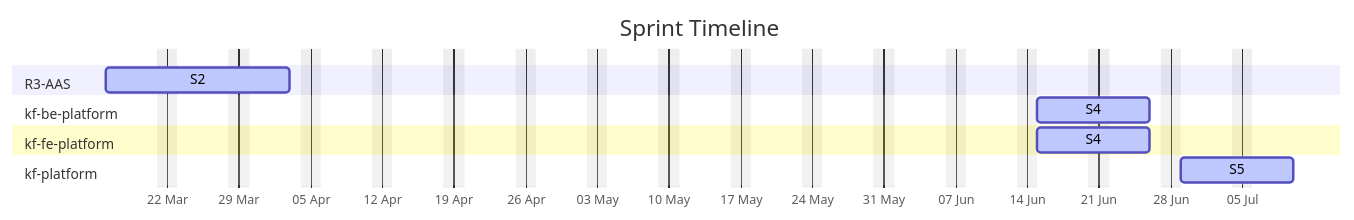
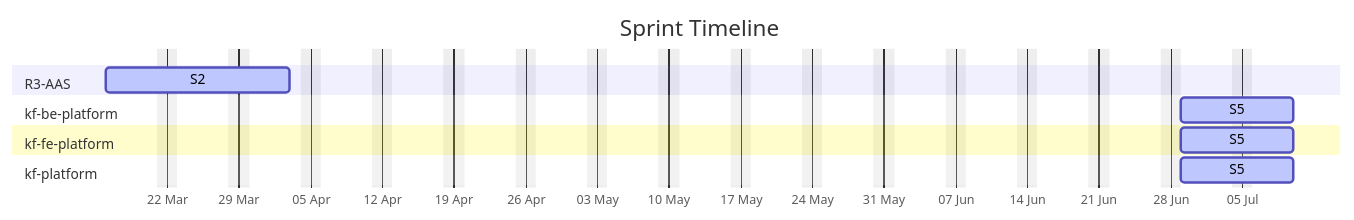
One commit to Katty-Fashion/kf-cpto changed the diagram in docs/agile-sprints.md. Above: the diagram before and after it, drawn with Mermaid. The commit also changed other lines of this file and 12 other files, not shown here.

````diff
--- a/docs/agile-sprints.md
+++ b/docs/agile-sprints.md
@@ -10,16 +10,16 @@
 ```mermaid
 gantt
     title Sprint Timeline
     dateFormat YYYY-MM-DD
     axisFormat %d %b
     excludes weekends
 
     section R3-AAS
     S2 :active, 2026-03-16, 2026-04-03
     section kf-be-platform
-    S4 :active, 2026-06-15, 2026-06-26
+    S5 :active, 2026-06-29, 2026-07-10
     section kf-fe-platform
-    S4 :active, 2026-06-15, 2026-06-26
+    S5 :active, 2026-06-29, 2026-07-10
     section kf-platform
     S5 :active, 2026-06-29, 2026-07-10
 ```
````
